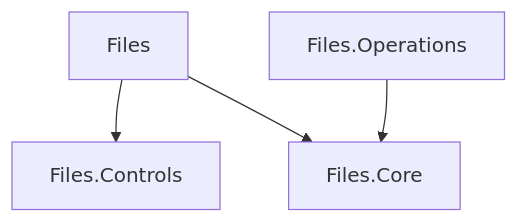
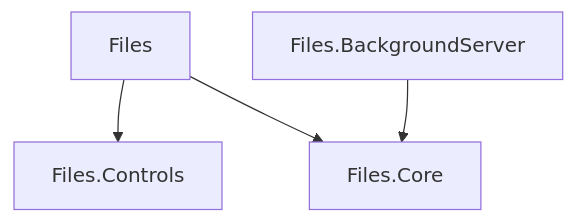
The diagram in docs/architecture/layering.md (0x5bfa/ReFiles), drawn with Mermaid before and after one commit. The commit also changed other lines of this file and 41 other files, not shown here.

Commit message:
Rename operation host to BackgroundServer

````diff
--- a/docs/architecture/layering.md
+++ b/docs/architecture/layering.md
@@ -7,11 +7,11 @@
 ```mermaid
 flowchart TD
     Files[Files]
     Controls[Files.Controls]
     Core[Files.Core]
-    Operations[Files.Operations]
+    Operations[Files.BackgroundServer]
 
     Files --> Controls
     Files --> Core
     Operations --> Core
 ```
````
